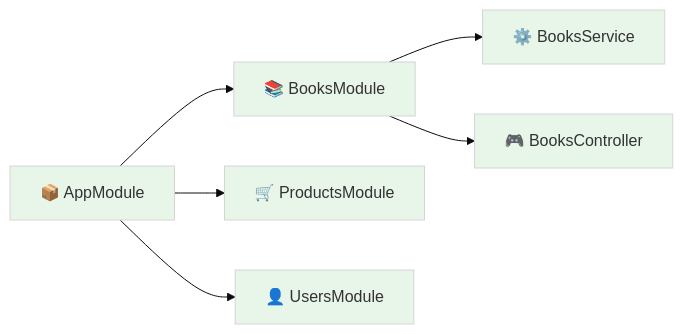
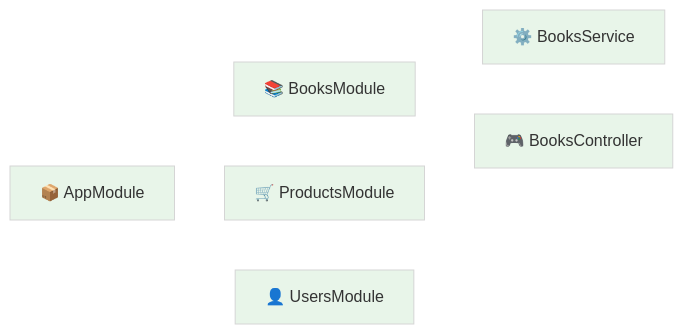
The first of 5 diagrams in CODEBASE_ANALYSIS.md (alvianzf/introduction-to-nest), drawn with Mermaid before and after one commit. The commit also changed other lines of this file and 2 other files, not shown here.

Commit message:
Enhance Mermaid diagram visibility: Set lines and edges to white

````diff
--- a/CODEBASE_ANALYSIS.md
+++ b/CODEBASE_ANALYSIS.md
@@ -10,10 +10,10 @@
 ```mermaid
-%%{init: {'theme': 'base', 'themeVariables': { 'primaryColor': '#e8f5e9', 'edgeColor': '#1b5e20', 'tertiaryColor': '#fff3e0'}}}%%
+%%{init: {'theme': 'base', 'themeVariables': { 'primaryColor': '#e8f5e9', 'edgeColor': '#ffffff', 'tertiaryColor': '#fff3e0', 'lineColor': '#ffffff'}}}%%
 graph LR
     AppModule["📦 AppModule"] --> BooksModule["📚 BooksModule"]
     AppModule --> ProductsModule["🛒 ProductsModule"]
     AppModule --> UsersModule["👤 UsersModule"]
     
     BooksModule --> BooksService["⚙️ BooksService"]
     BooksModule --> BooksController["🎮 BooksController"]
 ```
````
